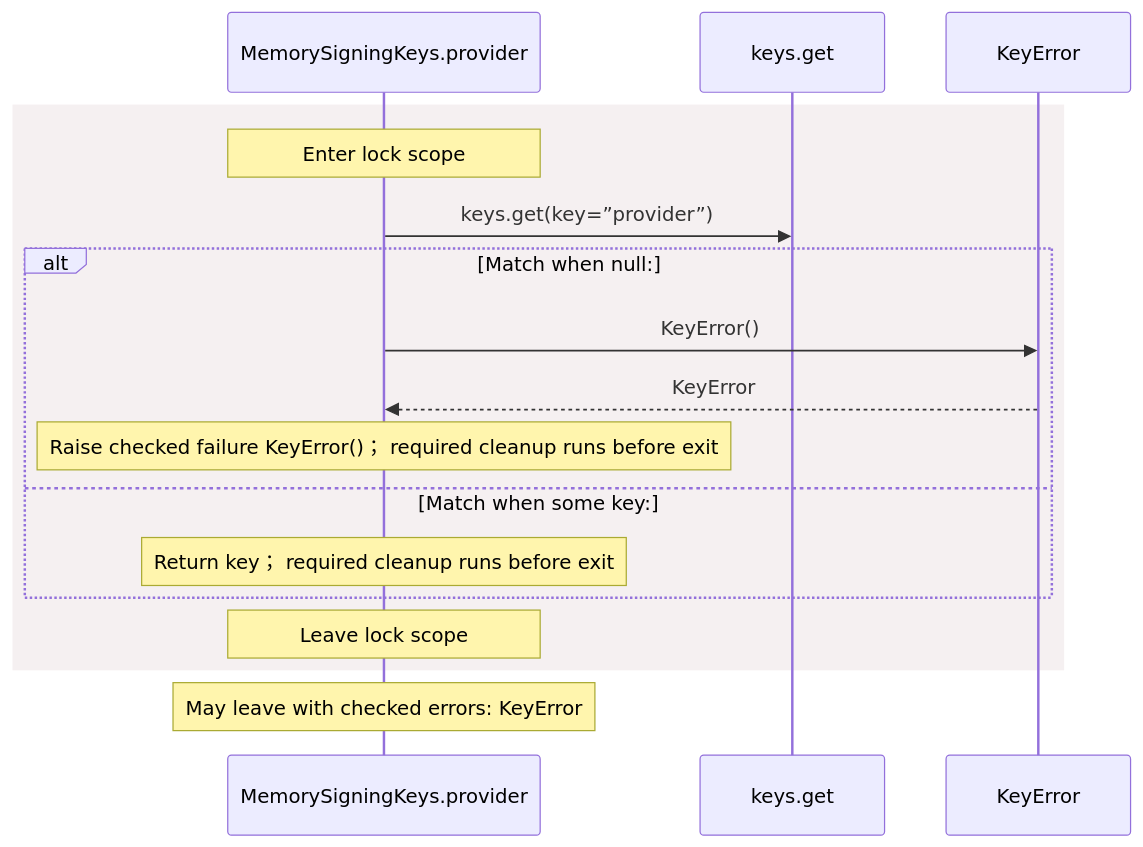
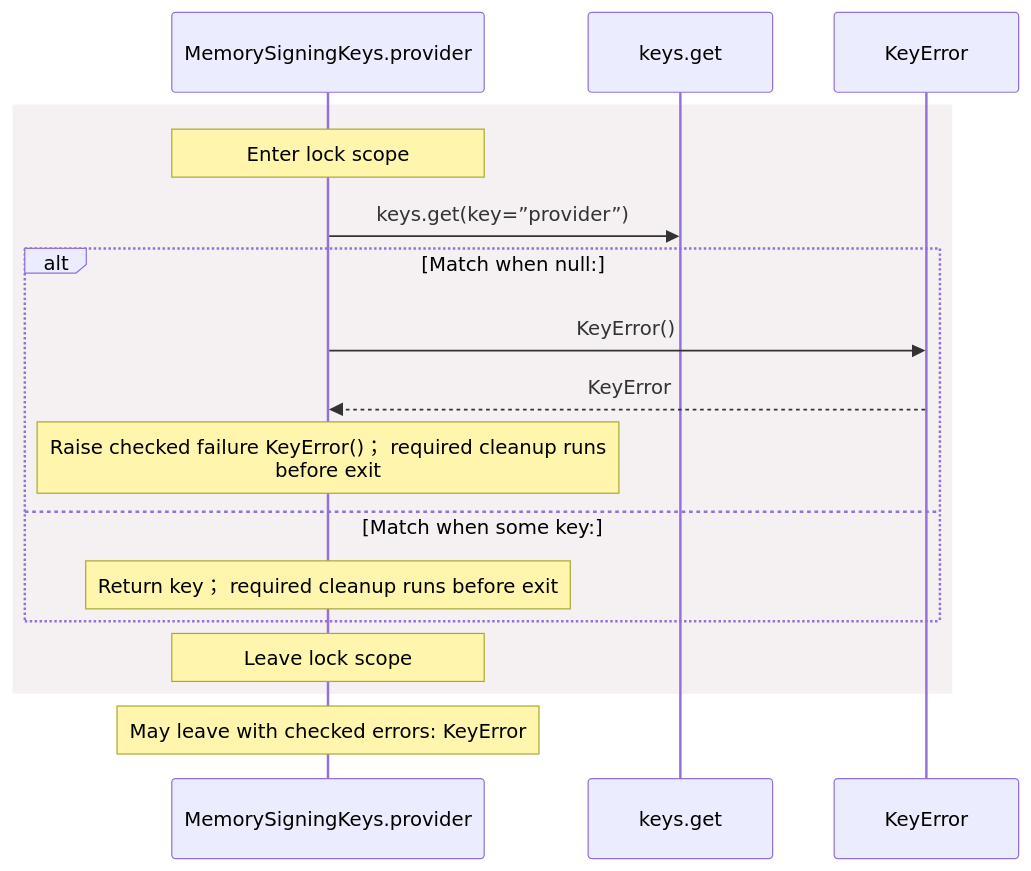
Before and after one commit to GreenPandaStudios/augscript: the fifth of 7 diagrams in docs/examples/oidc-login/common/keys-diagrams.md, drawn with Mermaid. The commit also changed other lines of this file and 200 other files, not shown here.

Commit message:
Group imported operations and wrap readable sequence messages

````diff
--- a/docs/examples/oidc-login/common/keys-diagrams.md
+++ b/docs/examples/oidc-login/common/keys-diagrams.md
@@ -138,19 +138,19 @@
 ```mermaid
 sequenceDiagram
     participant p0 as MemorySigningKeys.provider
     participant p1 as keys.get
     participant p2 as KeyError
     rect rgb(245, 240, 241)
     Note over p0: Enter lock scope
     p0->>p1: keys.get(key=”provider”)
     alt Match when null:
     p0->>p2: KeyError()
     p2-->>p0: KeyError
-    Note over p0: Raise checked failure KeyError()； required cleanup runs before exit
+    Note over p0: Raise checked failure KeyError()； required cleanup runs<br/>before exit
     else Match when some key:
     Note over p0: Return key； required cleanup runs before exit
     end
     Note over p0: Leave lock scope
     end
     Note over p0: May leave with checked errors: KeyError
 ```
````
